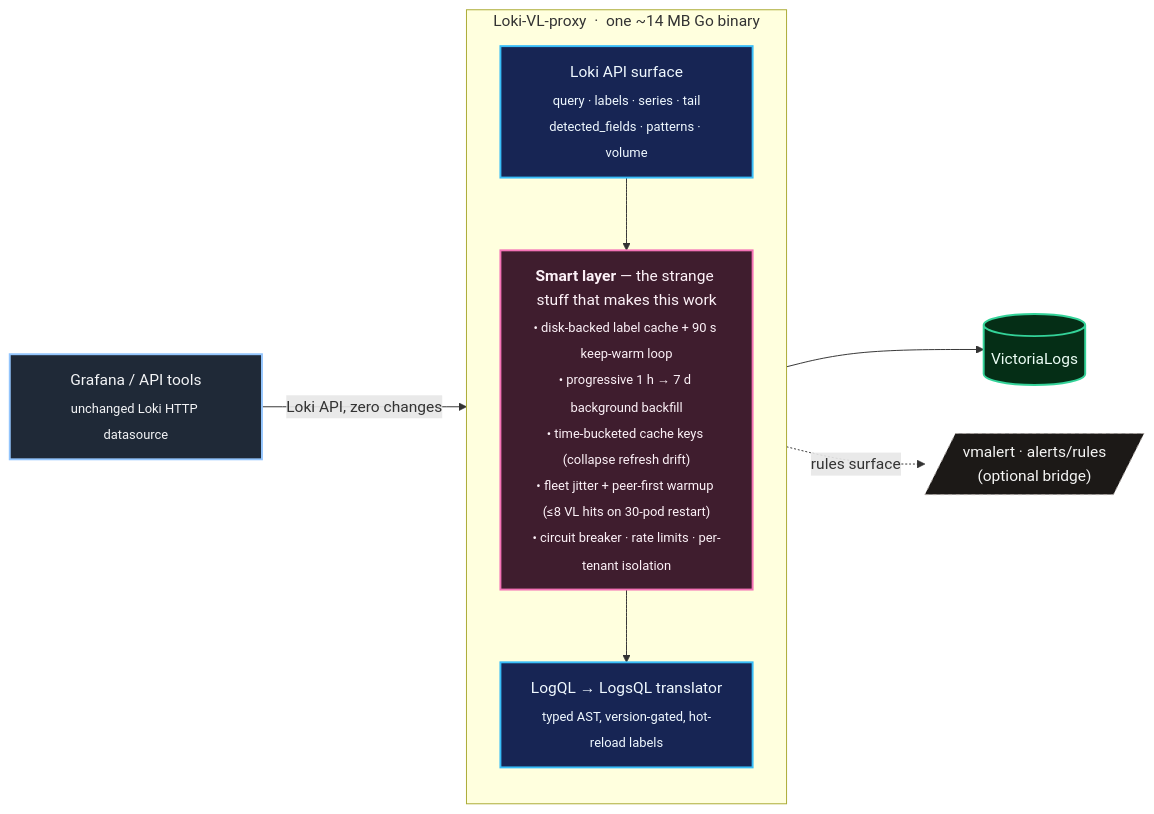
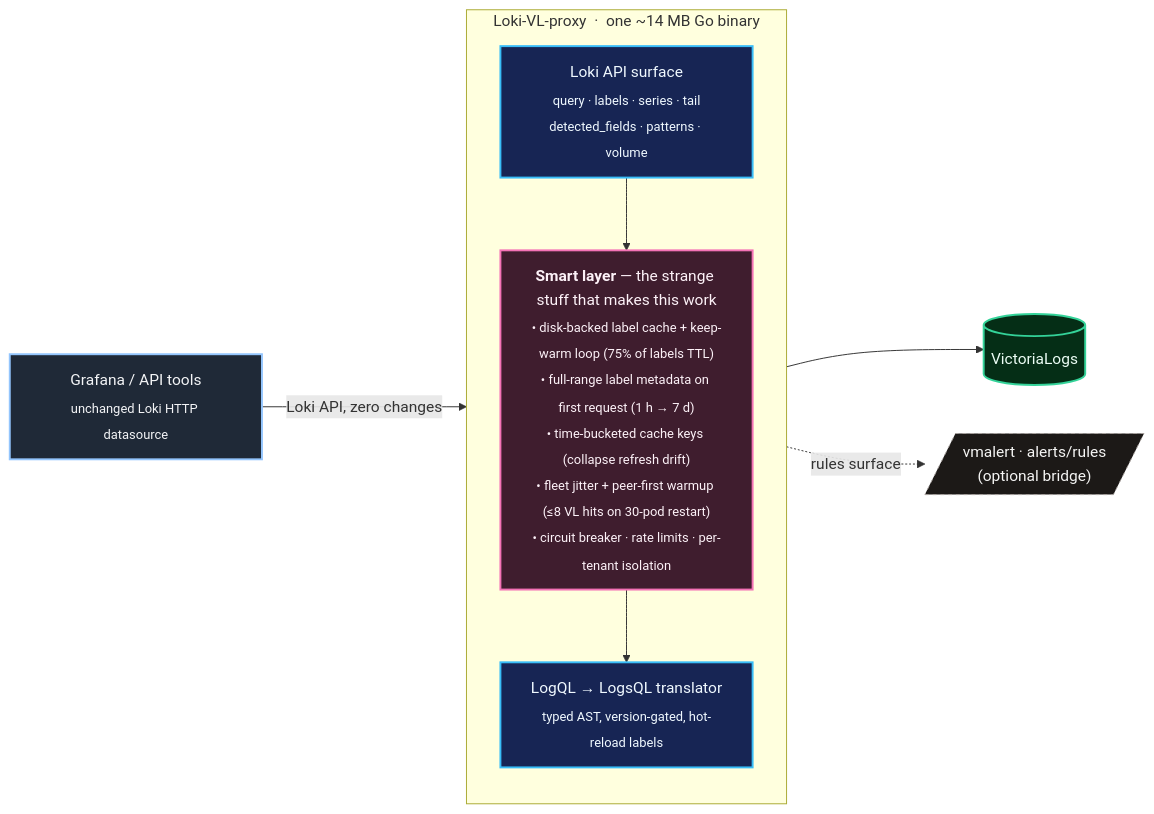
Before and after one commit to maestra-io/loki-vl-proxy: the diagram in README.md, drawn with Mermaid. The commit also changed other lines of this file and 346 other files, not shown here.

````diff
--- a/README.md
+++ b/README.md
@@ -274,30 +274,30 @@
 ```mermaid
 flowchart LR
     G["Grafana / API tools<br/><sub>unchanged Loki HTTP datasource</sub>"]
 
     subgraph Proxy["Loki-VL-proxy &nbsp;·&nbsp; one ~14 MB Go binary"]
         direction TB
         API["Loki API surface<br/><sub>query · labels · series · tail<br/>detected_fields · patterns · volume</sub>"]
-        SMART["<b>Smart layer</b> — the strange stuff that makes this work<br/><sub>• disk-backed label cache + 90 s keep-warm loop<br/>• progressive 1 h → 7 d background backfill<br/>• time-bucketed cache keys (collapse refresh drift)<br/>• fleet jitter + peer-first warmup (≤8 VL hits on 30-pod restart)<br/>• circuit breaker · rate limits · per-tenant isolation</sub>"]
+        SMART["<b>Smart layer</b> — the strange stuff that makes this work<br/><sub>• disk-backed label cache + keep-warm loop (75% of labels TTL)<br/>• full-range label metadata on first request (1 h → 7 d)<br/>• time-bucketed cache keys (collapse refresh drift)<br/>• fleet jitter + peer-first warmup (≤8 VL hits on 30-pod restart)<br/>• circuit breaker · rate limits · per-tenant isolation</sub>"]
         XLATE["LogQL → LogsQL translator<br/><sub>typed AST, version-gated, hot-reload labels</sub>"]
     end
 
     VL[("VictoriaLogs")]
     VMA[/"vmalert · alerts/rules<br/>(optional bridge)"/]
 
     G -->|"Loki API, zero changes"| API
     API --> SMART --> XLATE --> VL
     SMART -. "rules surface" .-> VMA
 
     classDef client fill:#1f2937,stroke:#93c5fd,color:#f3f4f6,stroke-width:2px;
     classDef proxy fill:#172554,stroke:#38bdf8,color:#f0f9ff,stroke-width:2px;
     classDef smart fill:#3f1d2e,stroke:#f472b6,color:#fdf2f8,stroke-width:2px;
     classDef backend fill:#052e16,stroke:#34d399,color:#ecfdf5,stroke-width:2px;
     classDef opt fill:#1c1917,stroke:#a8a29e,color:#f5f5f4,stroke-width:1px,stroke-dasharray:4 4;
 
     class G client;
     class API,XLATE proxy;
     class SMART smart;
     class VL backend;
     class VMA opt;
 ```
````
